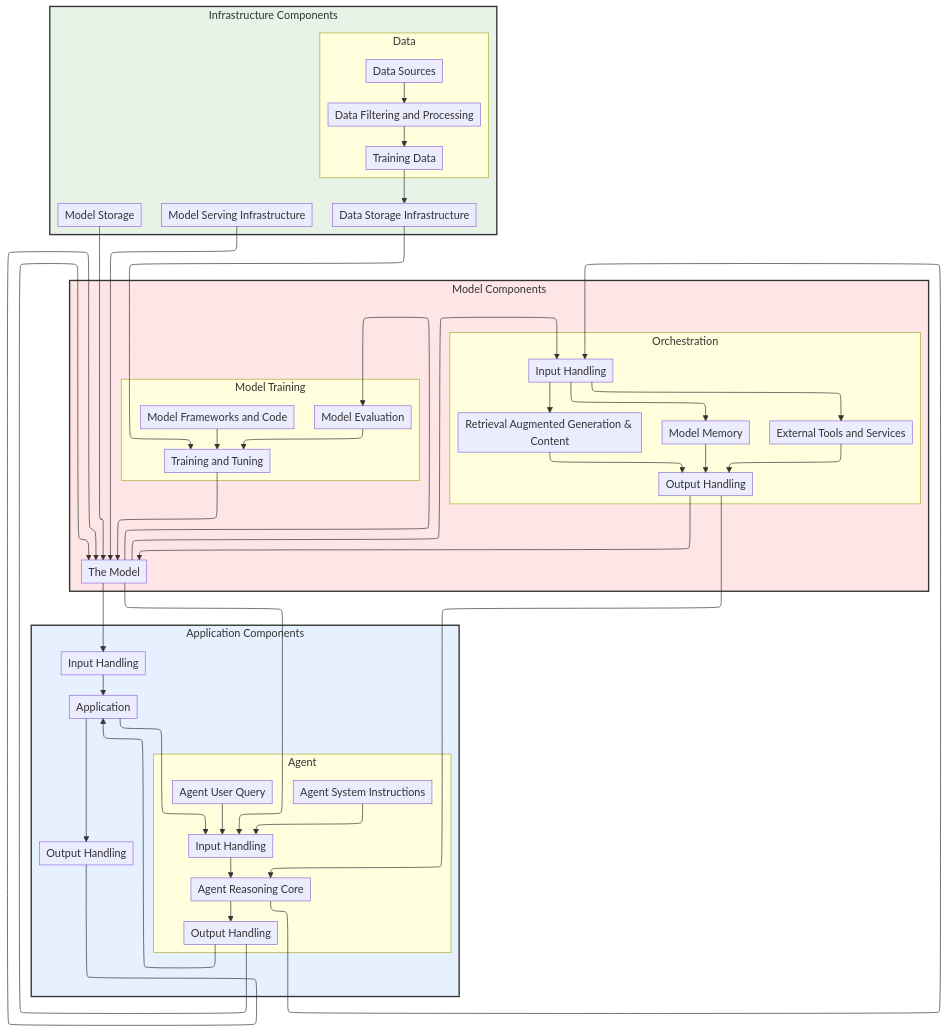
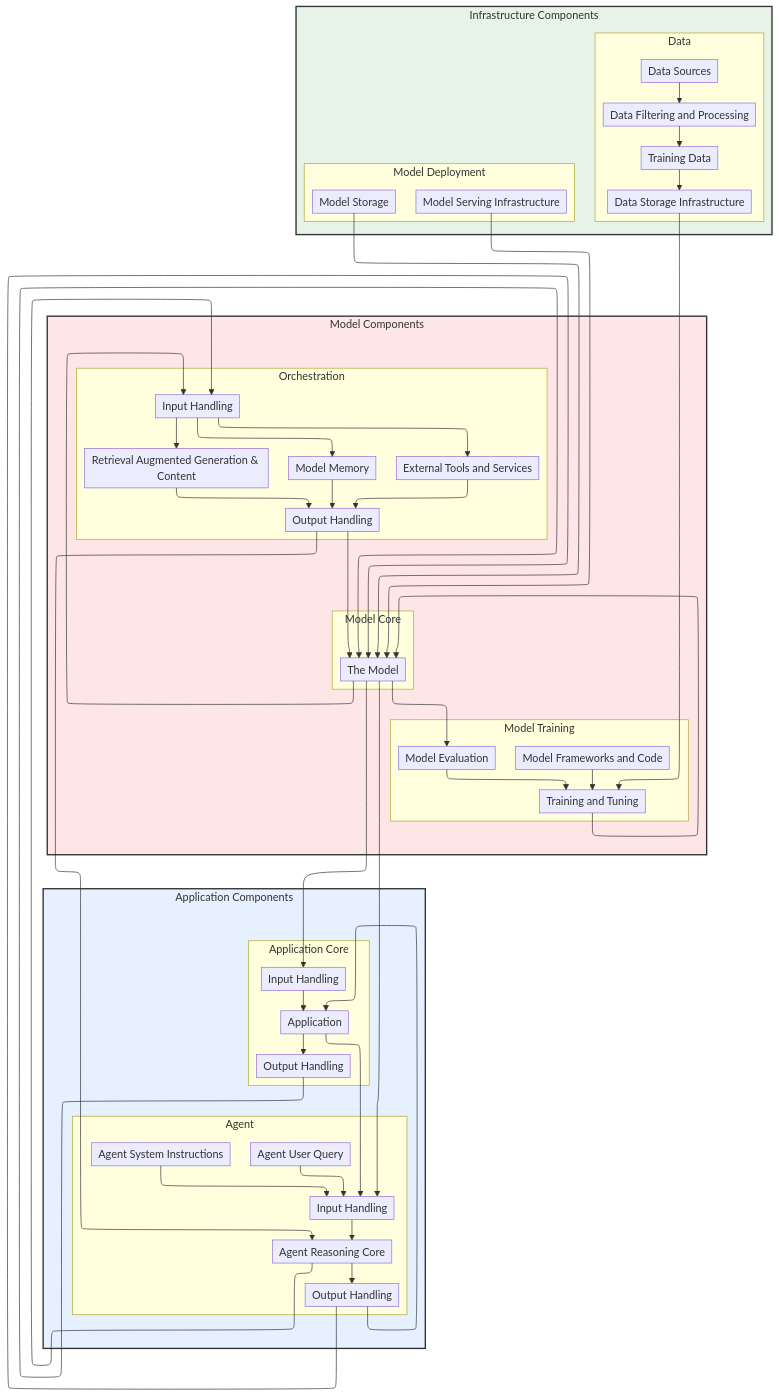
Before and after one commit to davidlabianca/secure-ai-tooling: the diagram in risk-map/diagrams/risk-map-graph.md, drawn with Mermaid. The commit also changed 16 other files, not shown here.

```diff
--- a/risk-map/diagrams/risk-map-graph.md
+++ b/risk-map/diagrams/risk-map-graph.md
@@ -13,22 +13,26 @@
     classDef allControl stroke:#4285f4,stroke-width:2px,stroke-dasharray: 5 5
 
     subgraph componentsInfrastructure ["Infrastructure Components"]
-        componentDataStorage[Data Storage Infrastructure]
-        componentModelServing[Model Serving Infrastructure]
-        componentModelStorage[Model Storage]
         subgraph componentsData ["Data"]
             componentDataFilteringAndProcessing[Data Filtering and Processing]
             componentDataSources[Data Sources]
+            componentDataStorage[Data Storage Infrastructure]
             componentTrainingData[Training Data]
+        end
+        subgraph componentsModelDeployment ["Model Deployment"]
+            componentModelServing[Model Serving Infrastructure]
+            componentModelStorage[Model Storage]
         end
     end
 
     subgraph componentsModel ["Model Components"]
-        componentTheModel[The Model]
         subgraph componentsModelTraining ["Model Training"]
             componentModelEvaluation[Model Evaluation]
             componentModelFrameworksAndCode[Model Frameworks and Code]
             componentModelTrainingTuning[Training and Tuning]
+        end
+        subgraph componentsModelCore ["Model Core"]
+            componentTheModel[The Model]
         end
         subgraph componentsOrchestration ["Orchestration"]
             componentMemory[Model Memory]
@@ -40,9 +44,11 @@
     end
 
     subgraph componentsApplication ["Application Components"]
-        componentApplication[Application]
-        componentApplicationInputHandling[Input Handling]
-        componentApplicationOutputHandling[Output Handling]
+        subgraph componentsApplicationCore ["Application Core"]
+            componentApplication[Application]
+            componentApplicationInputHandling[Input Handling]
+            componentApplicationOutputHandling[Output Handling]
+        end
         subgraph componentsAgent ["Agent"]
             componentAgentInputHandling[Input Handling]
             componentAgentOutputHandling[Output Handling]
```
